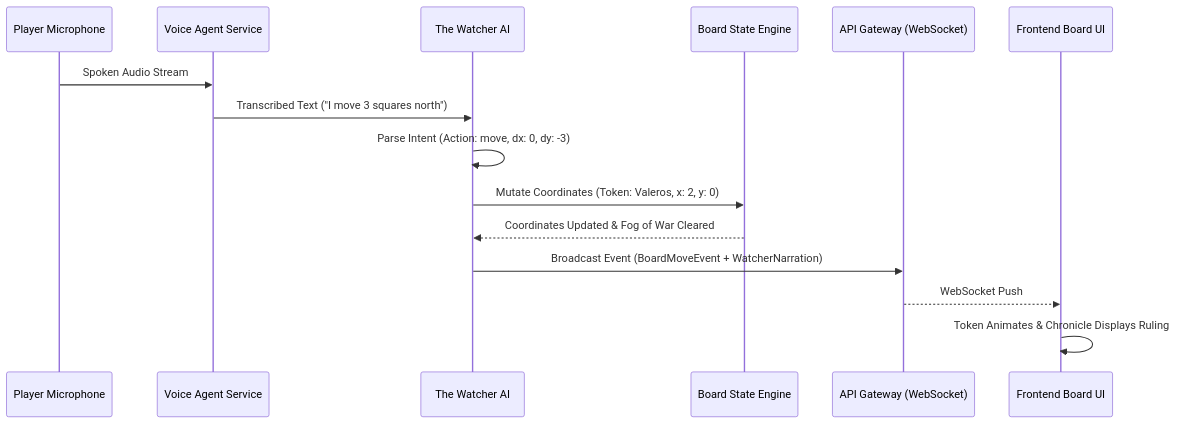
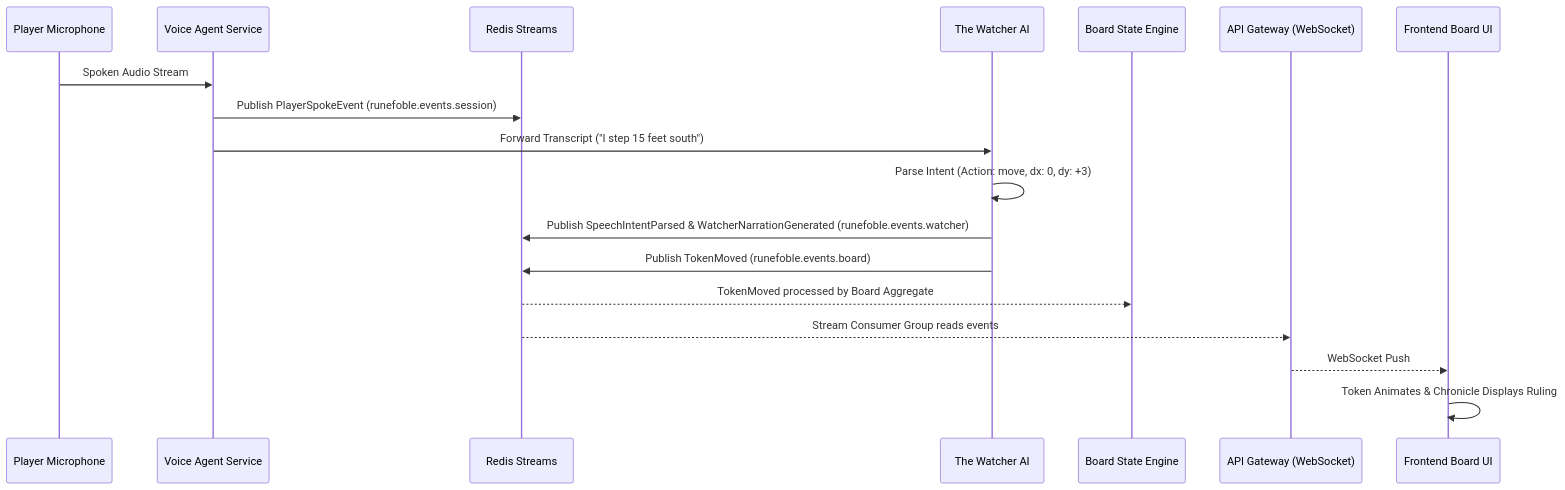
The diagram in docs/explanation/realtime-voice-and-board-sync.md (tyevans/runefoble), drawn with Mermaid before and after one commit. The commit also changed other lines of this file and 13 other files, not shown here.

First line of the commit message:
feat(the-watcher): implement natural speech-to-intent pipeline and Redis Streams dispatch (TASK-0002)

````diff
--- a/docs/explanation/realtime-voice-and-board-sync.md
+++ b/docs/explanation/realtime-voice-and-board-sync.md
@@ -12,18 +12,21 @@
 ```mermaid
 sequenceDiagram
     participant Player as Player Microphone
     participant VoiceAgent as Voice Agent Service
+    participant Redis as Redis Streams
     participant Watcher as The Watcher AI
     participant Board as Board State Engine
     participant Gateway as API Gateway (WebSocket)
     participant Client as Frontend Board UI
 
     Player->>VoiceAgent: Spoken Audio Stream
-    VoiceAgent->>Watcher: Transcribed Text ("I move 3 squares north")
-    Watcher->>Watcher: Parse Intent (Action: move, dx: 0, dy: -3)
-    Watcher->>Board: Mutate Coordinates (Token: Valeros, x: 2, y: 0)
-    Board-->>Watcher: Coordinates Updated & Fog of War Cleared
-    Watcher->>Gateway: Broadcast Event (BoardMoveEvent + WatcherNarration)
+    VoiceAgent->>Redis: Publish PlayerSpokeEvent (runefoble.events.session)
+    VoiceAgent->>Watcher: Forward Transcript ("I step 15 feet south")
+    Watcher->>Watcher: Parse Intent (Action: move, dx: 0, dy: +3)
+    Watcher->>Redis: Publish SpeechIntentParsed & WatcherNarrationGenerated (runefoble.events.watcher)
+    Watcher->>Redis: Publish TokenMoved (runefoble.events.board)
+    Redis-->>Board: TokenMoved processed by Board Aggregate
+    Redis-->>Gateway: Stream Consumer Group reads events
     Gateway-->>Client: WebSocket Push
     Client->>Client: Token Animates & Chronicle Displays Ruling
 ```
````
